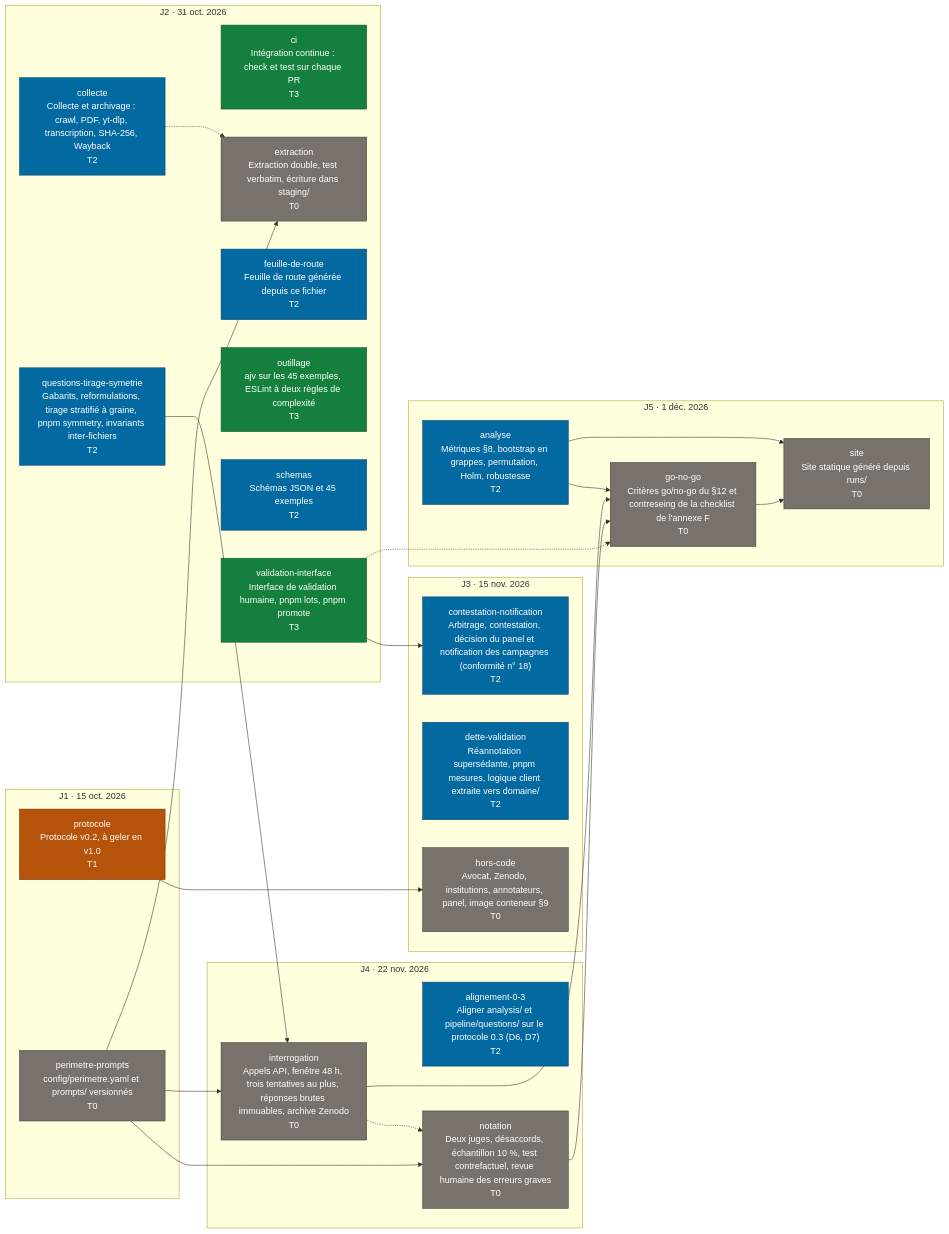
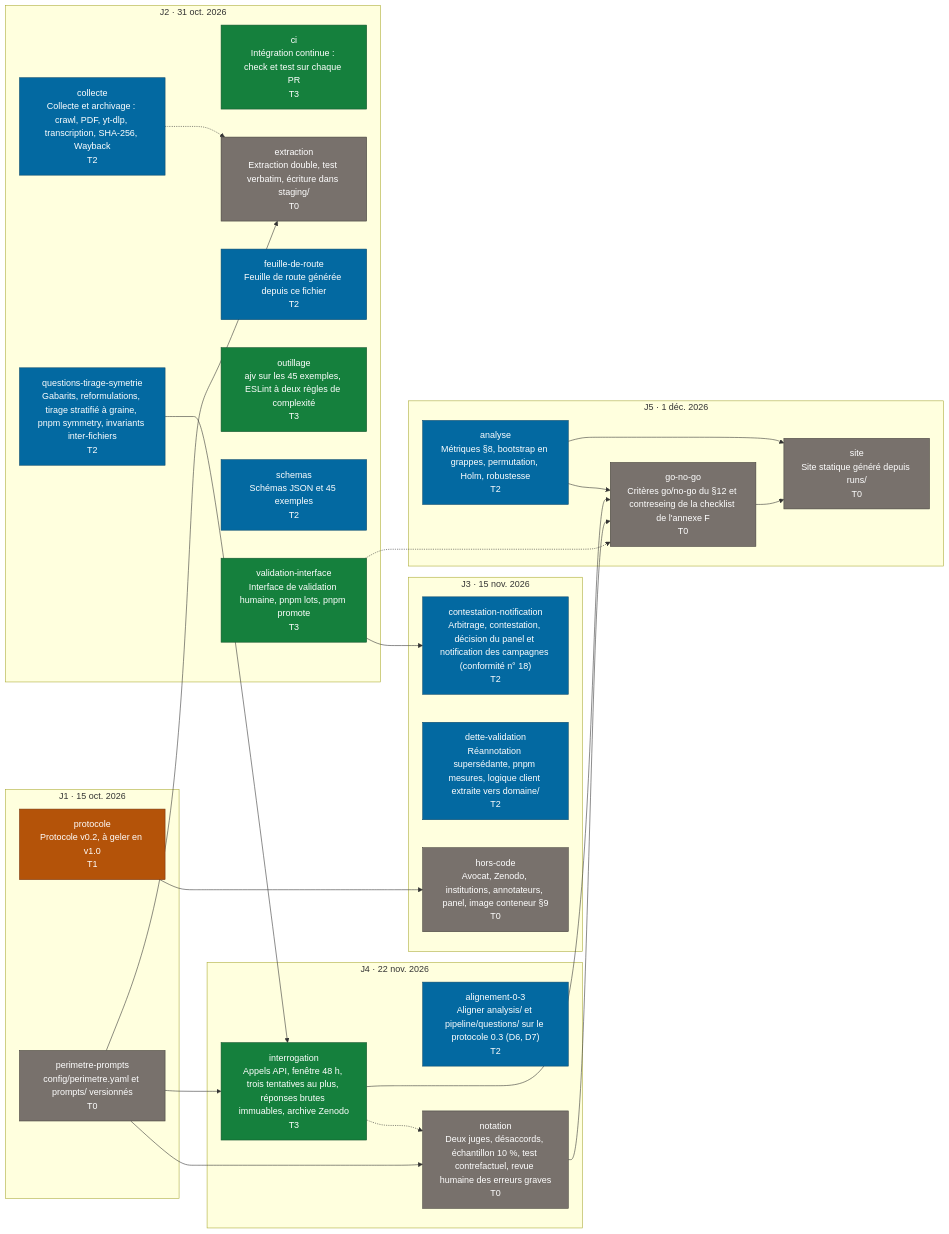
The diagram in docs/FEUILLE-DE-ROUTE.md (AzurNow/DEMOCRACIE_2027), drawn with Mermaid before and after one commit. The commit also changed other lines of this file and 4 other files, not shown here.

First line of the commit message:
Clôture de la session du 2026-10-02, lot interrogation (PR #74 et #75)

````diff
--- a/docs/FEUILLE-DE-ROUTE.md
+++ b/docs/FEUILLE-DE-ROUTE.md
@@ -63,52 +63,52 @@
 ```mermaid
 flowchart LR
   subgraph jalon_J1["J1 · 15 oct. 2026"]
     lot_perimetre_prompts["perimetre-prompts<br/>config/perimetre.yaml et prompts/ versionnés<br/>T0"]:::T0
     lot_protocole["protocole<br/>Protocole v0.2, à geler en v1.0<br/>T1"]:::T1
   end
   subgraph jalon_J2["J2 · 31 oct. 2026"]
     lot_ci["ci<br/>Intégration continue : check et test sur chaque PR<br/>T3"]:::T3
     lot_collecte["collecte<br/>Collecte et archivage : crawl, PDF, yt-dlp, transcription, SHA-256, Wayback<br/>T2"]:::T2
     lot_extraction["extraction<br/>Extraction double, test verbatim, écriture dans staging/<br/>T0"]:::T0
     lot_feuille_de_route["feuille-de-route<br/>Feuille de route générée depuis ce fichier<br/>T2"]:::T2
     lot_outillage["outillage<br/>ajv sur les 45 exemples, ESLint à deux règles de complexité<br/>T3"]:::T3
     lot_questions_tirage_symetrie["questions-tirage-symetrie<br/>Gabarits, reformulations, tirage stratifié à graine, pnpm symmetry, invariants inter-fichiers<br/>T2"]:::T2
     lot_schemas["schemas<br/>Schémas JSON et 45 exemples<br/>T2"]:::T2
     lot_validation_interface["validation-interface<br/>Interface de validation humaine, pnpm lots, pnpm promote<br/>T3"]:::T3
   end
   subgraph jalon_J3["J3 · 15 nov. 2026"]
     lot_contestation_notification["contestation-notification<br/>Arbitrage, contestation, décision du panel et notification des campagnes (conformité n° 18)<br/>T2"]:::T2
     lot_dette_validation["dette-validation<br/>Réannotation supersédante, pnpm mesures, logique client extraite vers domaine/<br/>T2"]:::T2
     lot_hors_code["hors-code<br/>Avocat, Zenodo, institutions, annotateurs, panel, image conteneur §9<br/>T0"]:::T0
   end
   subgraph jalon_J4["J4 · 22 nov. 2026"]
     lot_alignement_0_3["alignement-0-3<br/>Aligner analysis/ et pipeline/questions/ sur le protocole 0.3 (D6, D7)<br/>T2"]:::T2
-    lot_interrogation["interrogation<br/>Appels API, fenêtre 48 h, trois tentatives au plus, réponses brutes immuables, archive Zenodo<br/>T0"]:::T0
+    lot_interrogation["interrogation<br/>Appels API, fenêtre 48 h, trois tentatives au plus, réponses brutes immuables, archive Zenodo<br/>T3"]:::T3
     lot_notation["notation<br/>Deux juges, désaccords, échantillon 10 %, test contrefactuel, revue humaine des erreurs graves<br/>T0"]:::T0
   end
   subgraph jalon_J5["J5 · 1 déc. 2026"]
     lot_analyse["analyse<br/>Métriques §8, bootstrap en grappes, permutation, Holm, robustesse<br/>T2"]:::T2
     lot_go_no_go["go-no-go<br/>Critères go/no-go du §12 et contreseing de la checklist de l'annexe F<br/>T0"]:::T0
     lot_site["site<br/>Site statique généré depuis runs/<br/>T0"]:::T0
   end
   lot_validation_interface --> lot_contestation_notification
   lot_collecte -.-> lot_extraction
   lot_perimetre_prompts --> lot_extraction
   lot_analyse --> lot_go_no_go
   lot_interrogation --> lot_go_no_go
   lot_notation --> lot_go_no_go
   lot_validation_interface -.-> lot_go_no_go
   lot_protocole --> lot_hors_code
   lot_perimetre_prompts --> lot_interrogation
   lot_questions_tirage_symetrie --> lot_interrogation
   lot_interrogation -.-> lot_notation
   lot_perimetre_prompts --> lot_notation
   lot_analyse --> lot_site
   lot_go_no_go --> lot_site
   classDef T0 fill:#78716c,color:#ffffff,stroke:#44403c
   classDef T1 fill:#b45309,color:#ffffff,stroke:#78350f
   classDef T2 fill:#0369a1,color:#ffffff,stroke:#0c4a6e
   classDef T3 fill:#15803d,color:#ffffff,stroke:#14532d
   classDef T4 fill:#1d4ed8,color:#ffffff,stroke:#1e3a8a
   classDef decision fill:#b91c1c,color:#ffffff,stroke:#7f1d1d
 ```
````
